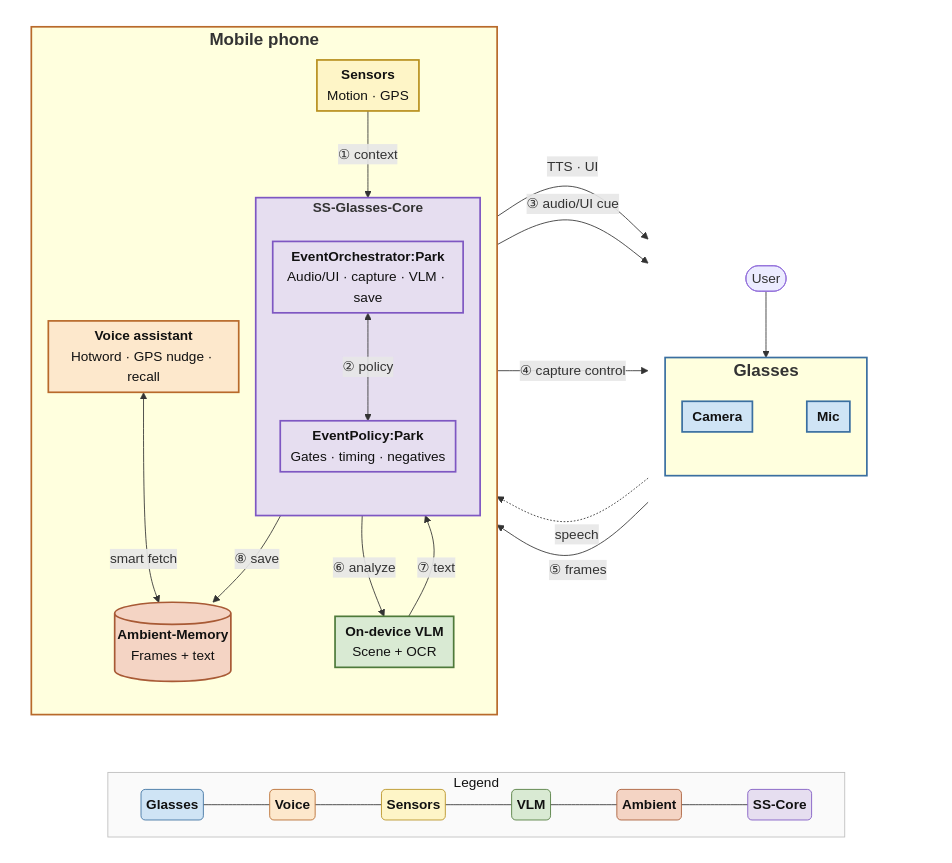
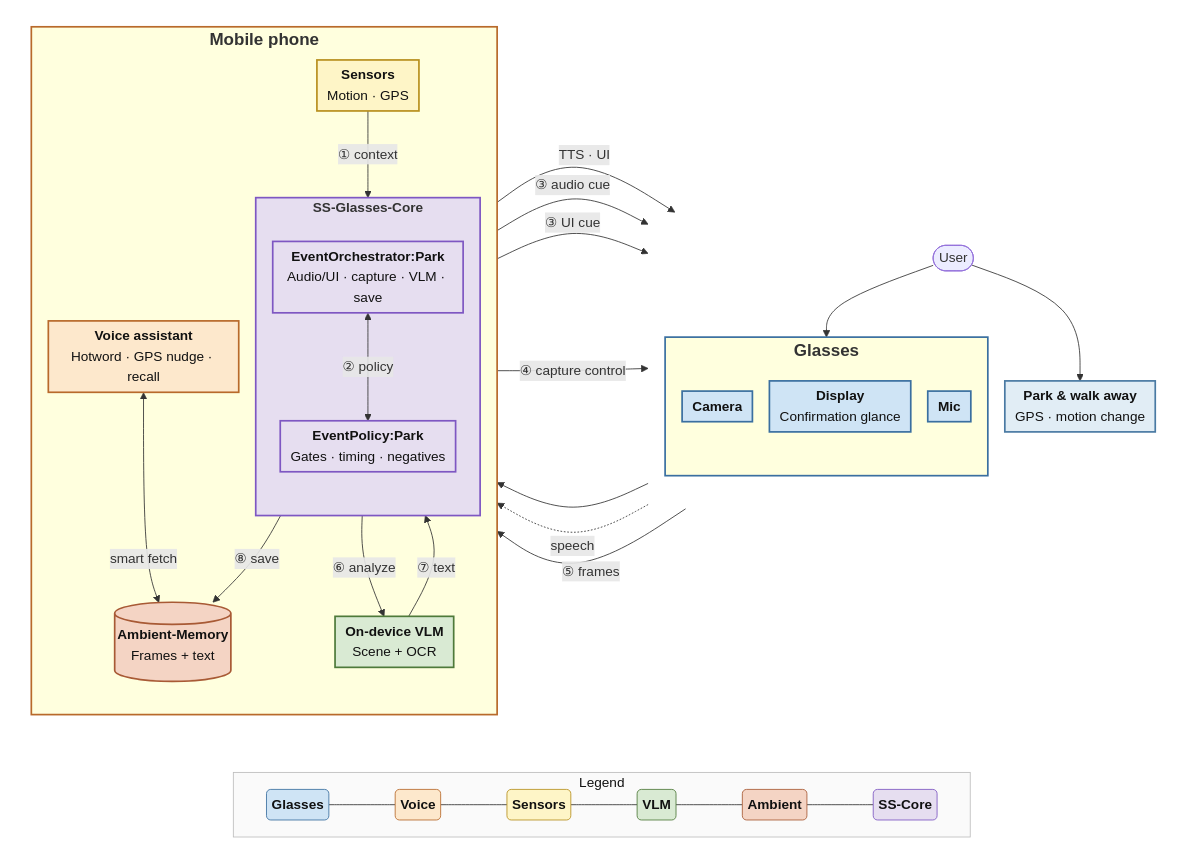
The diagram in tmp/idea2.md (penkesiva/wer-26), drawn with Mermaid before and after one commit.

Commit message:
docs(idea2): add park action, display cue, and split audio/UI paths

```diff
--- a/tmp/idea2.md
+++ b/tmp/idea2.md
@@ -12,11 +12,11 @@
         subgraph GCol[" "]
             direction TB
             User([User])
-            Spacer1[" "]
+            ParkAction["<b>Park & walk away</b><br/>GPS · motion change"]
             subgraph Glasses["<b><span style='font-size:20px'>Glasses</span></b>"]
                 direction TB
                 Cam["<b>Camera</b>"]
-                Spacer2[" "]
+                Display["<b>Display</b><br/>Confirmation glance"]
                 Mic["<b>Mic</b>"]
             end
         end
@@ -51,9 +51,12 @@
 
     MainRow ~~~ BottomDeck
 
+    User --> ParkAction
+    ParkAction --> Sens
     Sens -->|"① context"| OrchCP
     OrchCP <-->|"② policy"| PolicyCP
-    OrchCP -->|"③ audio/UI cue"| Mic
+    OrchCP -->|"③ audio cue"| Mic
+    OrchCP -->|"③ UI cue"| Display
     OrchCP -->|"④ capture control"| Cam
     Cam -->|"⑤ frames"| OrchCP
     OrchCP -->|"⑥ analyze"| VLM
@@ -71,6 +74,7 @@
     classDef onDeviceVlm fill:#d9ead3,stroke:#4e7a3a,color:#111,stroke-width:2px
     classDef ambientMem fill:#f4d4c4,stroke:#a85a35,color:#111,stroke-width:2px
     classDef ssCoreLight fill:#e6def0,stroke:#7e57c2,color:#111,stroke-width:2px
+    classDef userGesture fill:#e1edf5,stroke:#4a7aa3,color:#111,stroke-width:2px
     classDef legendGlasses fill:#cfe4f5,stroke:#3a6fa0,color:#111
     classDef legendMobile fill:#fde8cc,stroke:#b86a2b,color:#111
     classDef legendSensors fill:#fef5c7,stroke:#b8901f,color:#111
@@ -87,13 +91,14 @@
     style BottomDeck fill:none,stroke:none
     style LegendRow fill:#fafafa,stroke:#bdbdbd,color:#111,stroke-width:1px
 
-    class Cam,Mic glasses
+    class Cam,Mic,Display glasses
+    class ParkAction userGesture
     class VA mobile
     class Sens sensors
     class VLM onDeviceVlm
     class AMEM ambientMem
     class PolicyCP,OrchCP ssCoreLight
-    class GCol,Spacer1,Spacer2 colHidden
+    class GCol colHidden
 
     class LgG legendGlasses
     class LgM legendMobile
```
